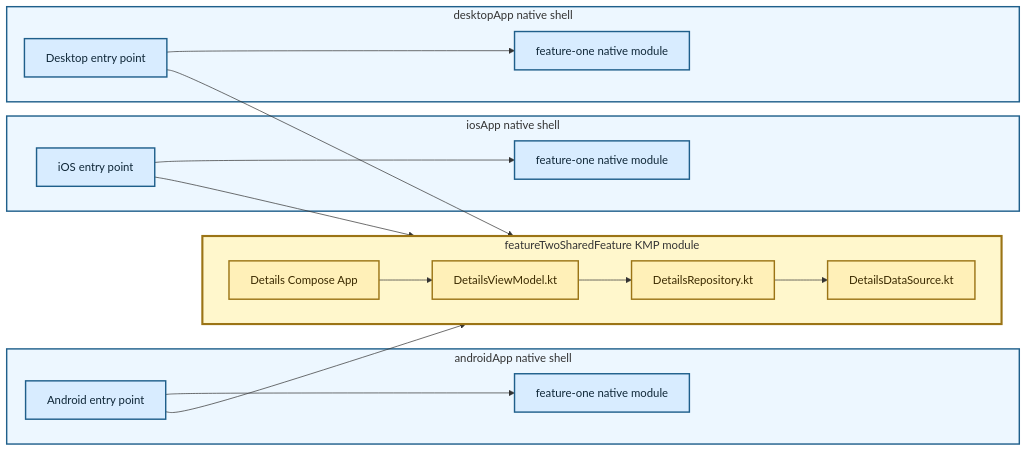
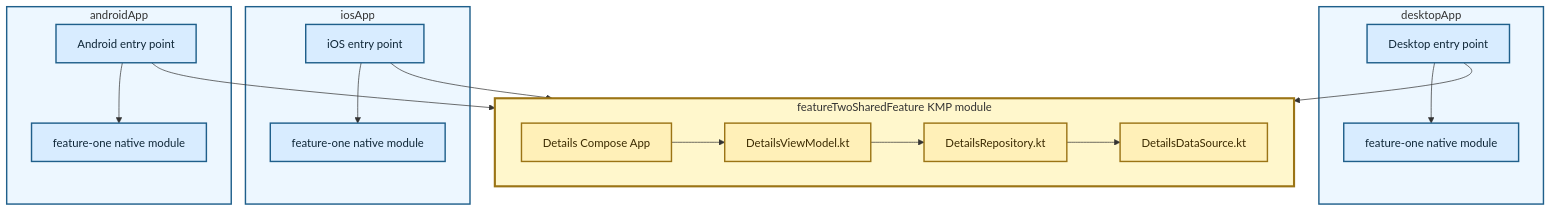
The diagram in diagrams/14-modular-kmp-shared-feature.md (TheSetox/kmp-sample-diagrams), drawn with Mermaid before and after one commit. The commit also changed 19 other files, not shown here.

Commit message:
docs: align platform diagram boxes

````diff
--- a/diagrams/14-modular-kmp-shared-feature.md
+++ b/diagrams/14-modular-kmp-shared-feature.md
@@ -5,42 +5,42 @@
 ```mermaid
-flowchart LR
-  subgraph Android["androidApp native shell"]
-    AEntry["Android entry point"]
-    AFeatureOne["feature-one native module"]
-    AEntry --> AFeatureOne
+flowchart TB
+  subgraph Desktop["desktopApp"]
+    DEntry["Desktop entry point"]
+    DFeatureOne["feature-one native module"]
+    DEntry --> DFeatureOne
   end
 
-  subgraph IOS["iosApp native shell"]
+  subgraph IOS["iosApp"]
     IEntry["iOS entry point"]
     IFeatureOne["feature-one native module"]
     IEntry --> IFeatureOne
   end
 
-  subgraph Desktop["desktopApp native shell"]
-    DEntry["Desktop entry point"]
-    DFeatureOne["feature-one native module"]
-    DEntry --> DFeatureOne
+  subgraph Android["androidApp"]
+    AEntry["Android entry point"]
+    AFeatureOne["feature-one native module"]
+    AEntry --> AFeatureOne
   end
 
   subgraph KMP["featureTwoSharedFeature KMP module"]
     direction LR
     App["Details Compose App"]
     VM["DetailsViewModel.kt"]
     Repository["DetailsRepository.kt"]
     DataSource["DetailsDataSource.kt"]
     App --> VM --> Repository --> DataSource
   end
 
   AEntry --> App
   IEntry --> App
   DEntry --> App
 
   classDef app fill:#d8ecff,stroke:#1f5f8b,color:#0f2738,stroke-width:2px;
   classDef kmp fill:#fff0b8,stroke:#9b7415,color:#3b2a00,stroke-width:2px;
   class AEntry,AFeatureOne,IEntry,IFeatureOne,DEntry,DFeatureOne app;
   class App,VM,Repository,DataSource kmp;
   style Android fill:#edf7ff,stroke:#1f5f8b,stroke-width:2px
   style IOS fill:#edf7ff,stroke:#1f5f8b,stroke-width:2px
   style Desktop fill:#edf7ff,stroke:#1f5f8b,stroke-width:2px
   style KMP fill:#fff7cc,stroke:#9b7415,stroke-width:3px
 ```
````
